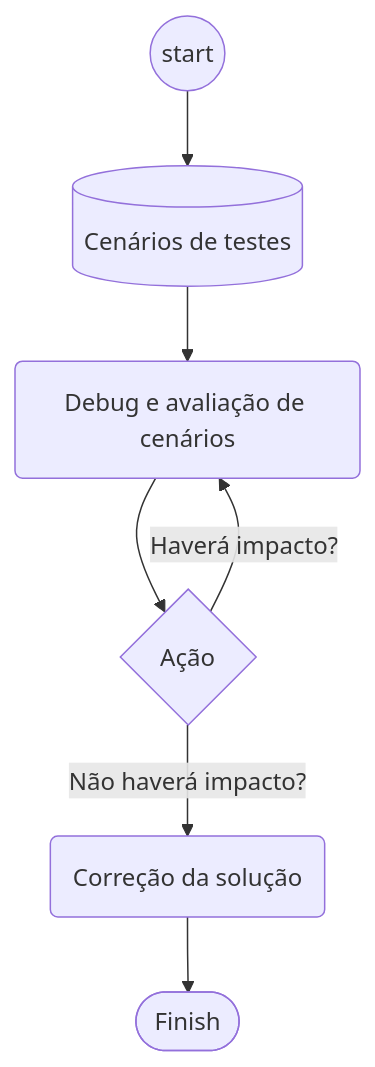
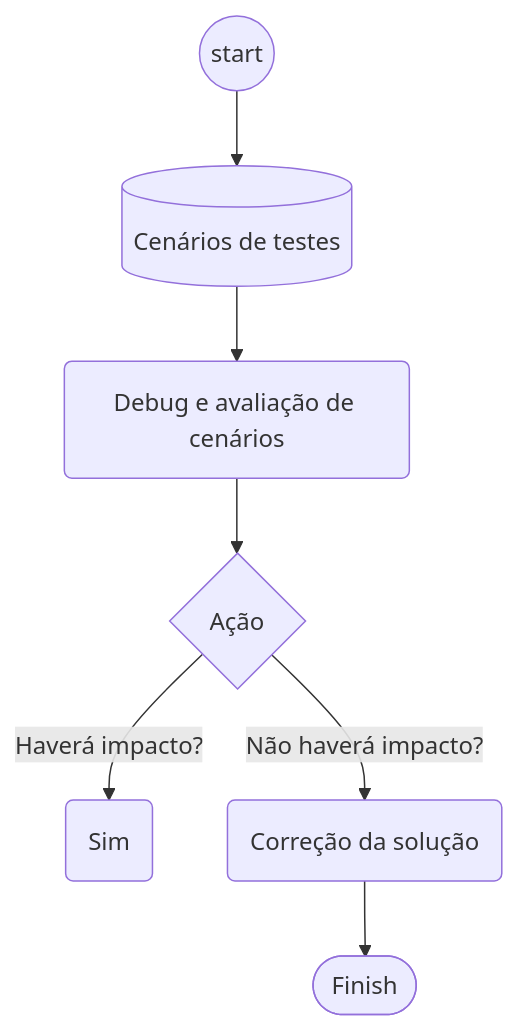
Before and after one commit to edmilson-nascimento/abap-7.4: the diagram in README.md, drawn with Mermaid.

````diff
--- a/README.md
+++ b/README.md
@@ -13,13 +13,13 @@
 ```mermaid
 flowchart TD
     
     Start((start)) --> DadosTeste[(Cenários de testes)]
     
     DadosTeste --> Debug(Debug e avaliação de cenários)
     Debug --> CheckAcao{Ação} 
 
-    CheckAcao --> |Haverá impacto?| Debug
+    CheckAcao --> |Haverá impacto?| sim(Sim)
     CheckAcao --> |Não haverá impacto?| Fix(Correção da solução)
 
     Fix --> Finish([Finish])
 ```
````
